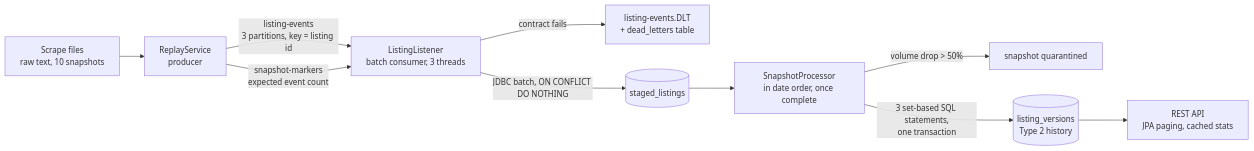
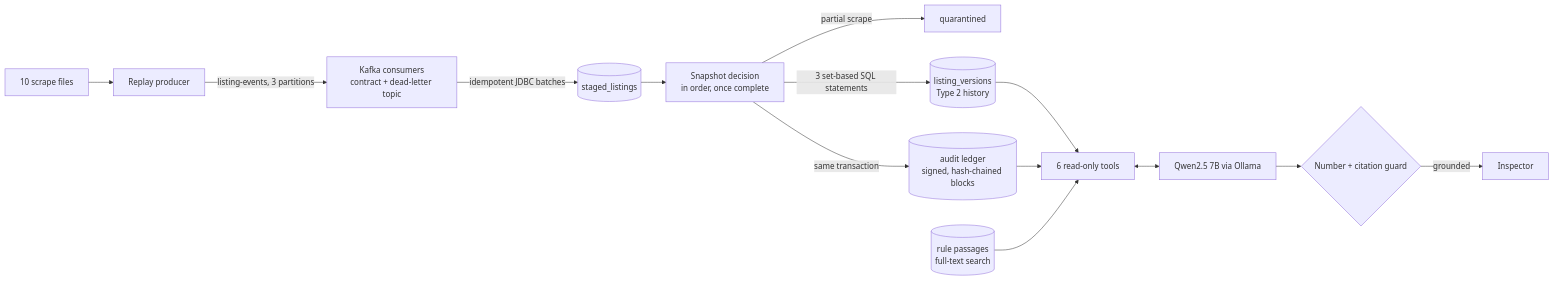
One commit to Nezz23/listingstream changed the diagram in README.md. Above: the diagram before and after it, drawn with Mermaid. The commit also changed other lines of this file and 6 other files, not shown here.

Commit message:
README, eval and benchmark docs; batched-insert rewrite; ledger key volume in Docker

````diff
--- a/README.md
+++ b/README.md
@@ -28,12 +23,16 @@
 ```mermaid
 flowchart LR
-    files[Scrape files<br/>raw text, 10 snapshots] --> replay[ReplayService<br/>producer]
-    replay -->|listing-events<br/>3 partitions, key = listing id| listener[ListingListener<br/>batch consumer, 3 threads]
-    replay -->|snapshot-markers<br/>expected event count| listener
-    listener -->|contract fails| dlt[listing-events.DLT<br/>+ dead_letters table]
-    listener -->|JDBC batch, ON CONFLICT DO NOTHING| staged[(staged_listings)]
-    staged --> processor[SnapshotProcessor<br/>in date order, once complete]
-    processor -->|volume drop > 50%| quarantine[snapshot quarantined]
-    processor -->|3 set-based SQL statements,<br/>one transaction| history[(listing_versions<br/>Type 2 history)]
-    history --> api[REST API<br/>JPA paging, cached stats]
+    files[10 scrape files] --> producer[Replay producer]
+    producer -->|listing-events, 3 partitions| consumer[Kafka consumers<br/>contract + dead-letter topic]
+    consumer -->|idempotent JDBC batches| staged[(staged_listings)]
+    staged --> decide[Snapshot decision<br/>in order, once complete]
+    decide -->|partial scrape| quarantine[quarantined]
+    decide -->|3 set-based SQL statements| history[(listing_versions<br/>Type 2 history)]
+    decide -->|same transaction| ledger[(audit ledger<br/>signed, hash-chained blocks)]
+    history --> tools[6 read-only tools]
+    ledger --> tools
+    rules[(rule passages<br/>full-text search)] --> tools
+    tools <--> llm[Qwen2.5 7B via Ollama]
+    llm --> guard{Number + citation guard}
+    guard -->|grounded| inspector[Inspector]
 ```
````
